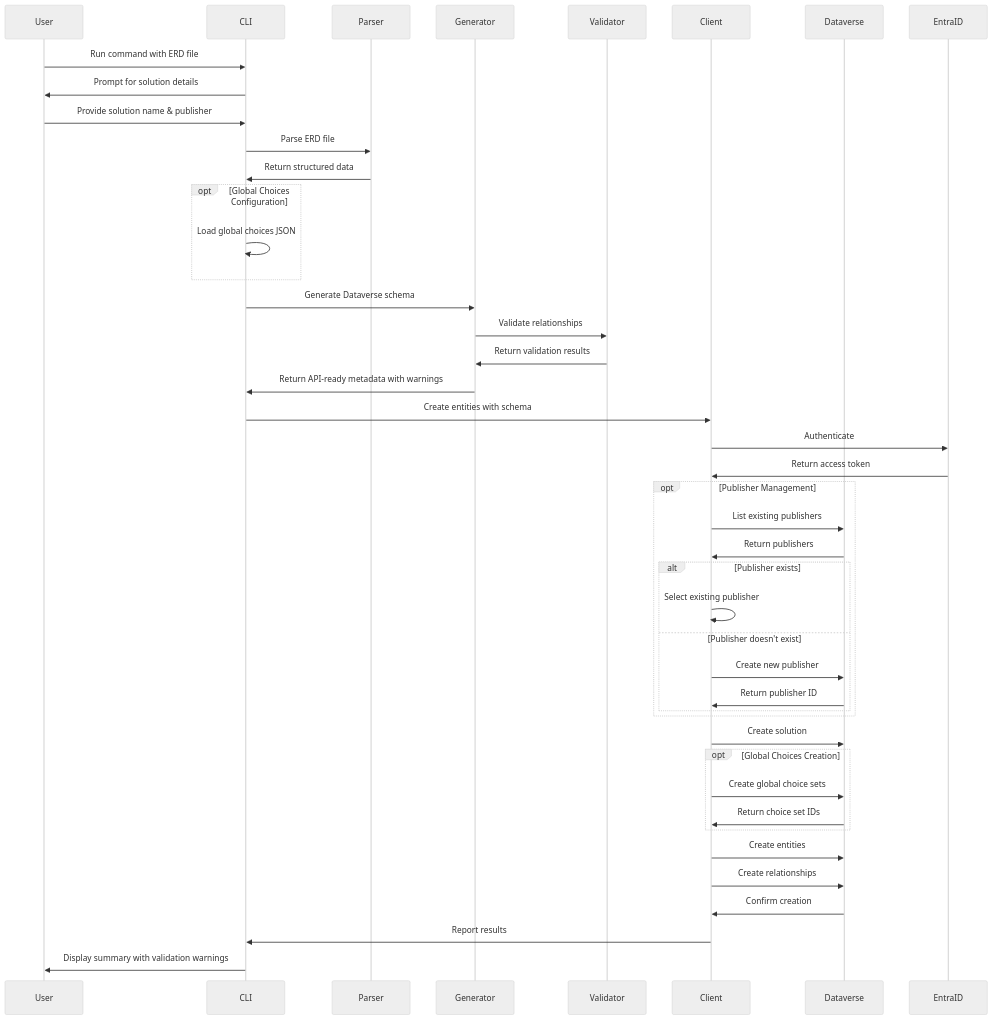
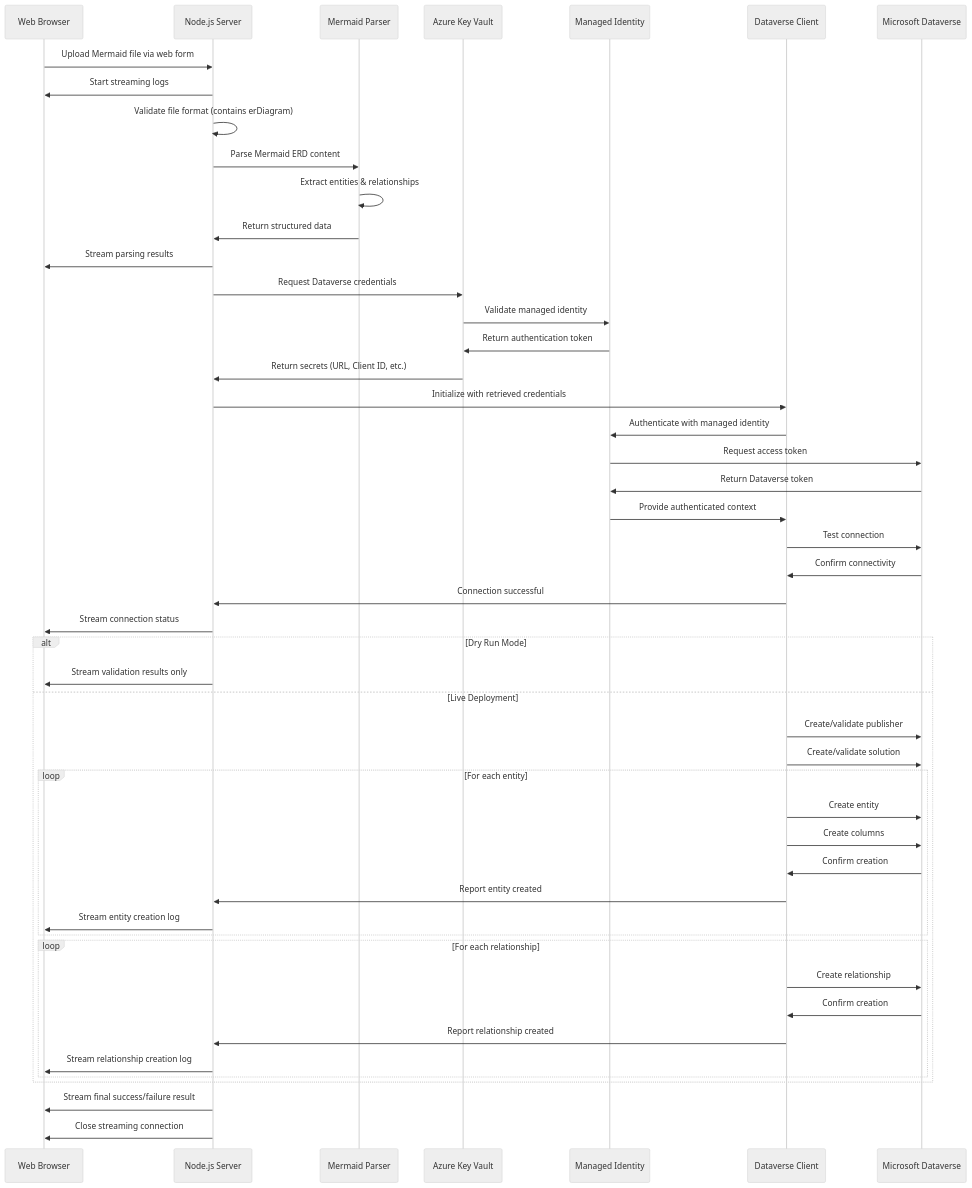
Before and after one commit to LuiseFreese/mermaid: the fourth of 8 diagrams in docs/DEVELOPER.md, drawn with Mermaid (neutral theme). The commit also changed other lines of this file and 37 other files, not shown here.

Commit message:
:sparkles: introduces first draft of new approach as an Azure web app

````diff
--- a/docs/DEVELOPER.md
+++ b/docs/DEVELOPER.md
@@ -311,53 +328,59 @@
 ```mermaid
 sequenceDiagram
-    participant User
-    participant CLI
-    participant Parser
-    participant Generator
-    participant Validator
-    participant Client
-    participant Dataverse
-    participant EntraID
+    participant User as Web Browser
+    participant Server as Node.js Server
+    participant Parser as Mermaid Parser
+    participant KeyVault as Azure Key Vault
+    participant MI as Managed Identity
+    participant Client as Dataverse Client
+    participant Dataverse as Microsoft Dataverse
 
-    User->>CLI: Run command with ERD file
-    CLI->>User: Prompt for solution details
-    User->>CLI: Provide solution name & publisher
-    CLI->>Parser: Parse ERD file
-    Parser->>CLI: Return structured data
+    User->>Server: Upload Mermaid file via web form
+    Server->>User: Start streaming logs
+    Server->>Server: Validate file format (contains erDiagram)
+    Server->>Parser: Parse Mermaid ERD content
+    Parser->>Parser: Extract entities & relationships
+    Parser->>Server: Return structured data
+    Server->>User: Stream parsing results
     
-    opt Global Choices Configuration
-        CLI->>CLI: Load global choices JSON
-    end
+    Server->>KeyVault: Request Dataverse credentials
+    KeyVault->>MI: Validate managed identity
+    MI->>KeyVault: Return authentication token
+    KeyVault->>Server: Return secrets (URL, Client ID, etc.)
     
-    CLI->>Generator: Generate Dataverse schema
-    Generator->>Validator: Validate relationships
-    Validator->>Generator: Return validation results
-    Generator->>CLI: Return API-ready metadata with warnings
-    CLI->>Client: Create entities with schema
-    Client->>EntraID: Authenticate
-    EntraID->>Client: Return access token
+    Server->>Client: Initialize with retrieved credentials
+    Client->>MI: Authenticate with managed identity
+    MI->>Dataverse: Request access token
+    Dataverse->>MI: Return Dataverse token
+    MI->>Client: Provide authenticated context
     
-    opt Publisher Management
-        Client->>Dataverse: List existing publishers
-        Dataverse->>Client: Return publishers
-        alt Publisher exists
-            Client->>Client: Select existing publisher
-        else Publisher doesn't exist
-            Client->>Dataverse: Create new publisher
-            Dataverse->>Client: Return publisher ID
+    Client->>Dataverse: Test connection
+    Dataverse->>Client: Confirm connectivity
+    Client->>Server: Connection successful
+    Server->>User: Stream connection status
+    
+    alt Dry Run Mode
+        Server->>User: Stream validation results only
+    else Live Deployment
+        Client->>Dataverse: Create/validate publisher
+        Client->>Dataverse: Create/validate solution
+        
+        loop For each entity
+            Client->>Dataverse: Create entity
+            Client->>Dataverse: Create columns
+            Dataverse->>Client: Confirm creation
+            Client->>Server: Report entity created
+            Server->>User: Stream entity creation log
+        end
+        
+        loop For each relationship
+            Client->>Dataverse: Create relationship
+            Dataverse->>Client: Confirm creation
+            Client->>Server: Report relationship created
+            Server->>User: Stream relationship creation log
         end
     end
     
-    Client->>Dataverse: Create solution
-    
-    opt Global Choices Creation
-        Client->>Dataverse: Create global choice sets
-        Dataverse->>Client: Return choice set IDs
-    end
-    
-    Client->>Dataverse: Create entities
-    Client->>Dataverse: Create relationships
-    Dataverse->>Client: Confirm creation
-    Client->>CLI: Report results
-    CLI->>User: Display summary with validation warnings
+    Server->>User: Stream final success/failure result
+    Server->>User: Close streaming connection
 ```
````
